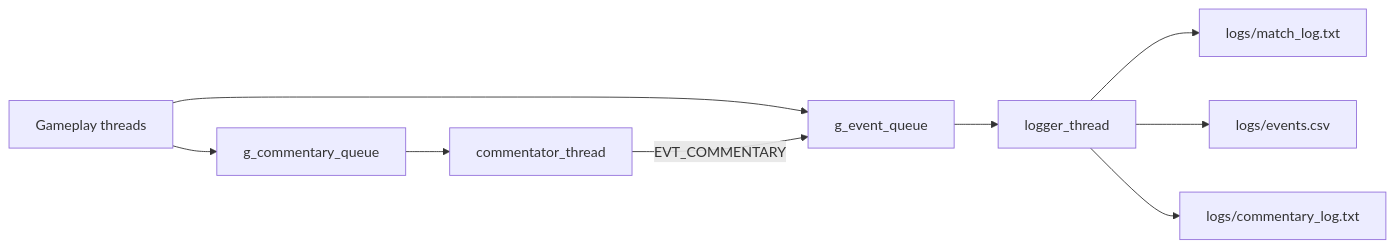
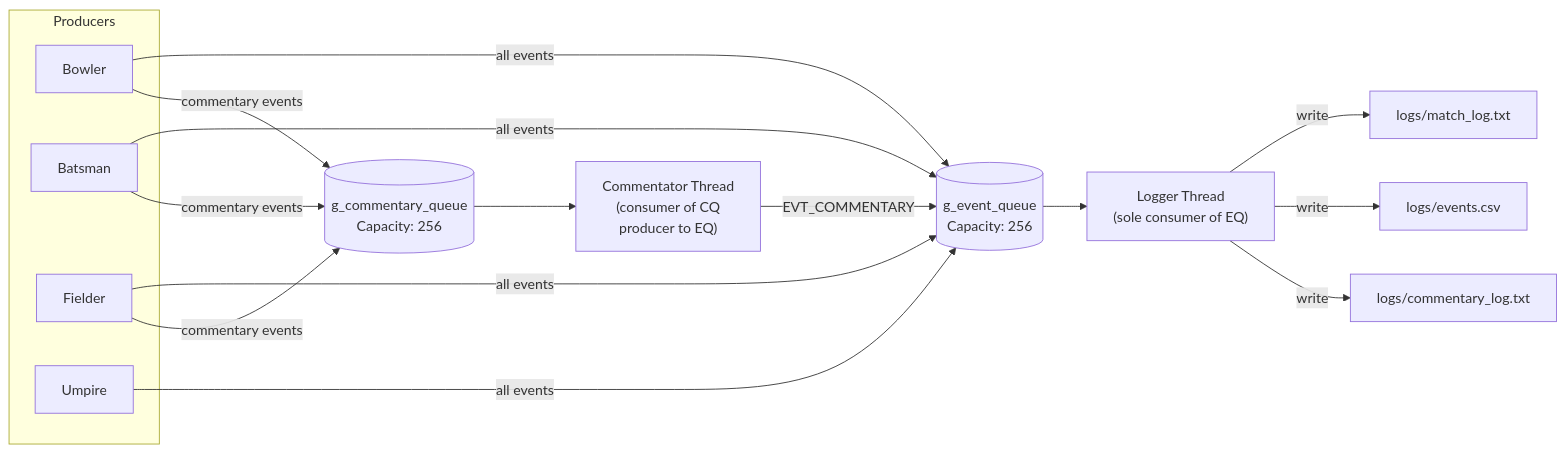
Before and after one commit to migikun474/multithreaded-t20-worldcup-simulator: the seventh of 10 diagrams in multithreaded-Cricket_WC_simulater-main/README.md, drawn with Mermaid. The commit also changed other lines of this file, not shown here.

````diff
--- a/multithreaded-Cricket_WC_simulater-main/README.md
+++ b/multithreaded-Cricket_WC_simulater-main/README.md
@@ -319,11 +276,32 @@
 ```mermaid
 flowchart LR
-    T[Gameplay threads] --> CQ[g_commentary_queue]
-    T --> EQ[g_event_queue]
-    CQ --> C[commentator_thread]
-    C -->|EVT_COMMENTARY| EQ
-    EQ --> L[logger_thread]
-    L --> TXT[logs/match_log.txt]
-    L --> CSV[logs/events.csv]
-    L --> CM[logs/commentary_log.txt]
+    subgraph Producers
+        B2[Bowler]
+        Ba[Batsman]
+        Fi[Fielder]
+        Um[Umpire]
+    end
+
+    EQ[(g_event_queue\nCapacity: 256)]
+    CQ[(g_commentary_queue\nCapacity: 256)]
+
+    B2 -->|all events| EQ
+    Ba -->|all events| EQ
+    Fi -->|all events| EQ
+    Um -->|all events| EQ
+
+    B2 -->|commentary events| CQ
+    Ba -->|commentary events| CQ
+    Fi -->|commentary events| CQ
+
+    COMM["Commentator Thread\n(consumer of CQ\nproducer to EQ)"]
+    LOG["Logger Thread\n(sole consumer of EQ)"]
+
+    CQ --> COMM
+    COMM -->|EVT_COMMENTARY| EQ
+    EQ --> LOG
+
+    LOG -->|write| TXT["logs/match_log.txt"]
+    LOG -->|write| CSV["logs/events.csv"]
+    LOG -->|write| CMT["logs/commentary_log.txt"]
 ```
````
